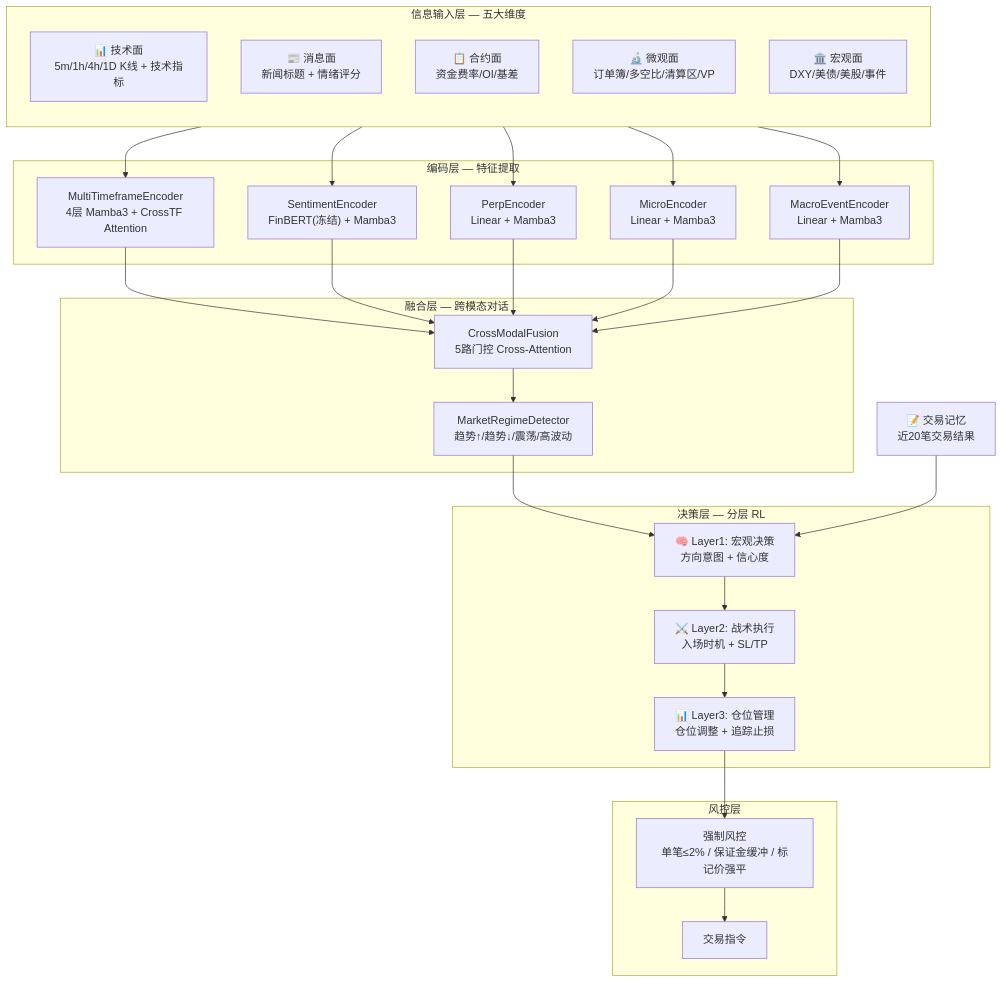
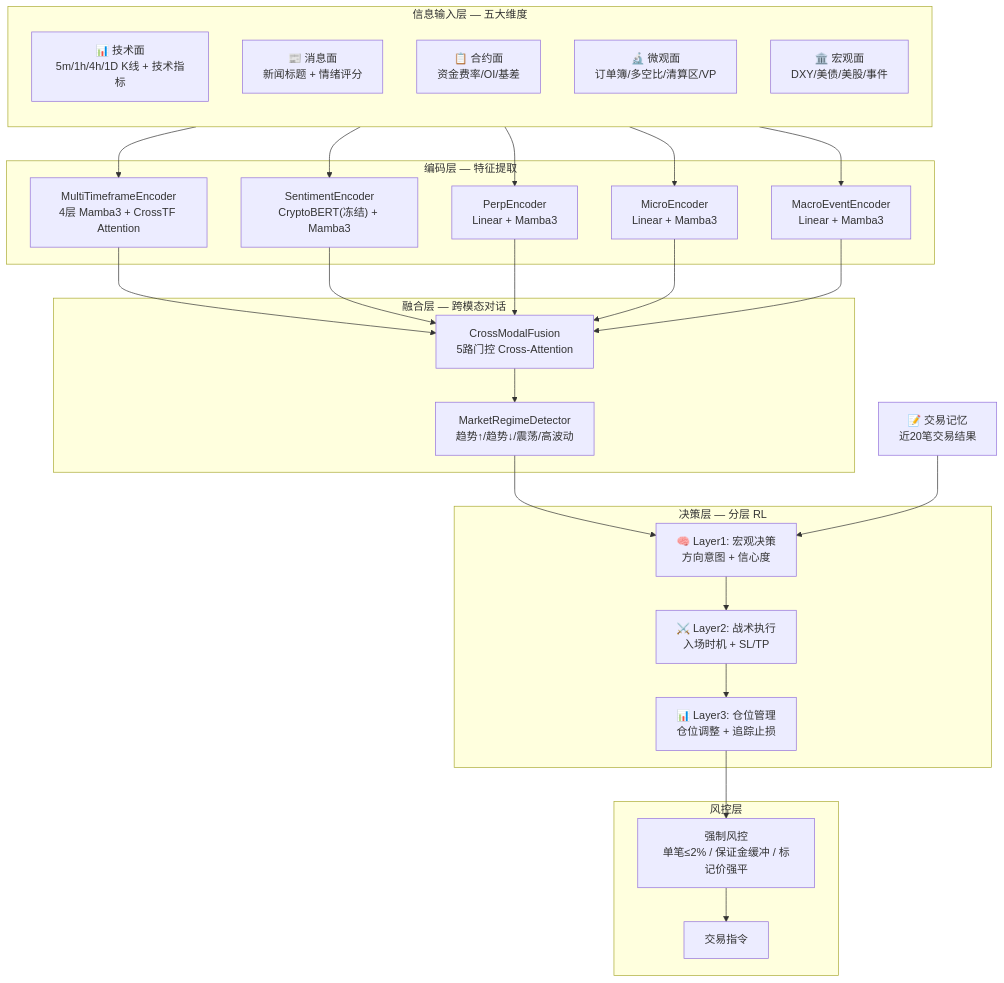
The first of 2 diagrams in docs/implementation_plan.md (SepAutumn417/mamba3-Yui), drawn with Mermaid before and after one commit. The commit also changed other lines of this file, not shown here.

Commit message:
fix: address 4 critical risks - CryptoBERT, phased rewards, anti-lookahead, env vectorization

````diff
--- a/docs/implementation_plan.md
+++ b/docs/implementation_plan.md
@@ -69,37 +69,37 @@
 ```mermaid
 graph TB
     subgraph "信息输入层 — 五大维度"
         direction TB
         I1["📊 技术面<br>5m/1h/4h/1D K线 + 技术指标"]
         I2["📰 消息面<br>新闻标题 + 情绪评分"]
         I3["📋 合约面<br>资金费率/OI/基差"]
         I4["🔬 微观面<br>订单簿/多空比/清算区/VP"]
         I5["🏛️ 宏观面<br>DXY/美债/美股/事件"]
     end
     
     subgraph "编码层 — 特征提取"
         I1 --> E1["MultiTimeframeEncoder<br>4层 Mamba3 + CrossTF Attention"]
-        I2 --> E2["SentimentEncoder<br>FinBERT(冻结) + Mamba3"]
+        I2 --> E2["SentimentEncoder<br>CryptoBERT(冻结) + Mamba3"]
         I3 --> E3["PerpEncoder<br>Linear + Mamba3"]
         I4 --> E4["MicroEncoder<br>Linear + Mamba3"]
         I5 --> E5["MacroEventEncoder<br>Linear + Mamba3"]
     end
     
     subgraph "融合层 — 跨模态对话"
         E1 & E2 & E3 & E4 & E5 --> F["CrossModalFusion<br>5路门控 Cross-Attention"]
         F --> R["MarketRegimeDetector<br>趋势↑/趋势↓/震荡/高波动"]
     end
     
     subgraph "决策层 — 分层 RL"
         R --> D1["🧠 Layer1: 宏观决策<br>方向意图 + 信心度"]
         D1 --> D2["⚔️ Layer2: 战术执行<br>入场时机 + SL/TP"]
         D2 --> D3["📊 Layer3: 仓位管理<br>仓位调整 + 追踪止损"]
     end
     
     subgraph "风控层"
         D3 --> RISK["强制风控<br>单笔≤2% / 保证金缓冲 / 标记价强平"]
         RISK --> OUT["交易指令"]
     end
     
     MEM["📝 交易记忆<br>近20笔交易结果"] --> D1
 ```
````
